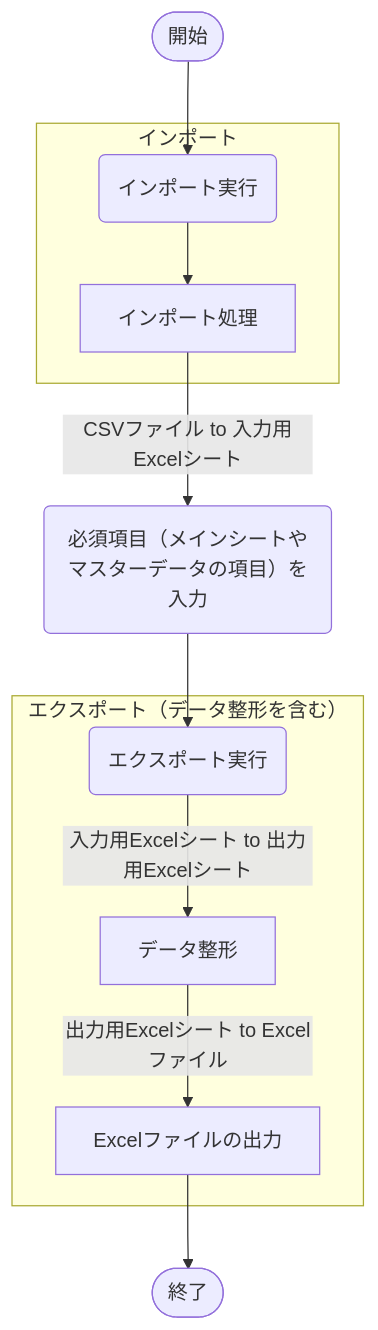
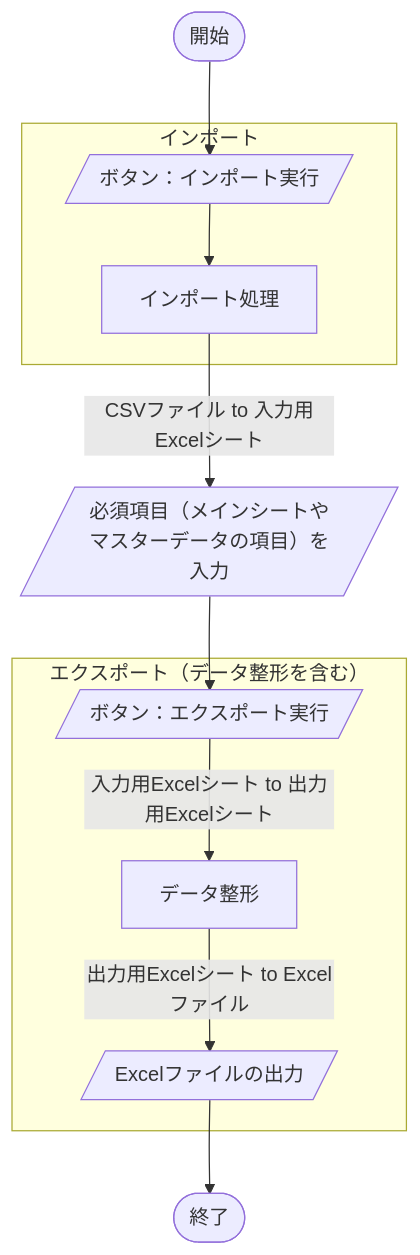
Before and after one commit to akiGAMEBOY/haretokidoki_zn: the diagram in articles/cb016a39a1562e.md, drawn with Mermaid. The commit also changed 3 other files, not shown here.

````diff
--- a/articles/cb016a39a1562e.md
+++ b/articles/cb016a39a1562e.md
@@ -45,14 +45,14 @@
 ```mermaid
 flowchart TB
-    A(["開始"]) --> B("インポート実行")
+    A(["開始"]) --> B[/"ボタン：インポート実行"/]
     subgraph "インポート"
     B --> C["インポート処理"]
     end
-    C -->|"CSVファイル to 入力用Excelシート"| D("必須項目（メインシートやマスターデータの項目）を入力")
-    D --> E("エクスポート実行")
+    C -->|"CSVファイル to 入力用Excelシート"| D[/"必須項目（メインシートやマスターデータの項目）を入力"/]
+    D --> E[/"ボタン：エクスポート実行"/]
     subgraph "エクスポート（データ整形を含む）"
     E --> |"入力用Excelシート to 出力用Excelシート"| F["データ整形"]
-    F --> |"出力用Excelシート to Excelファイル"| G["Excelファイルの出力"]
+    F --> |"出力用Excelシート to Excelファイル"| G[/"Excelファイルの出力"/]
     end
     G --> H(["終了"])
 ```
````
